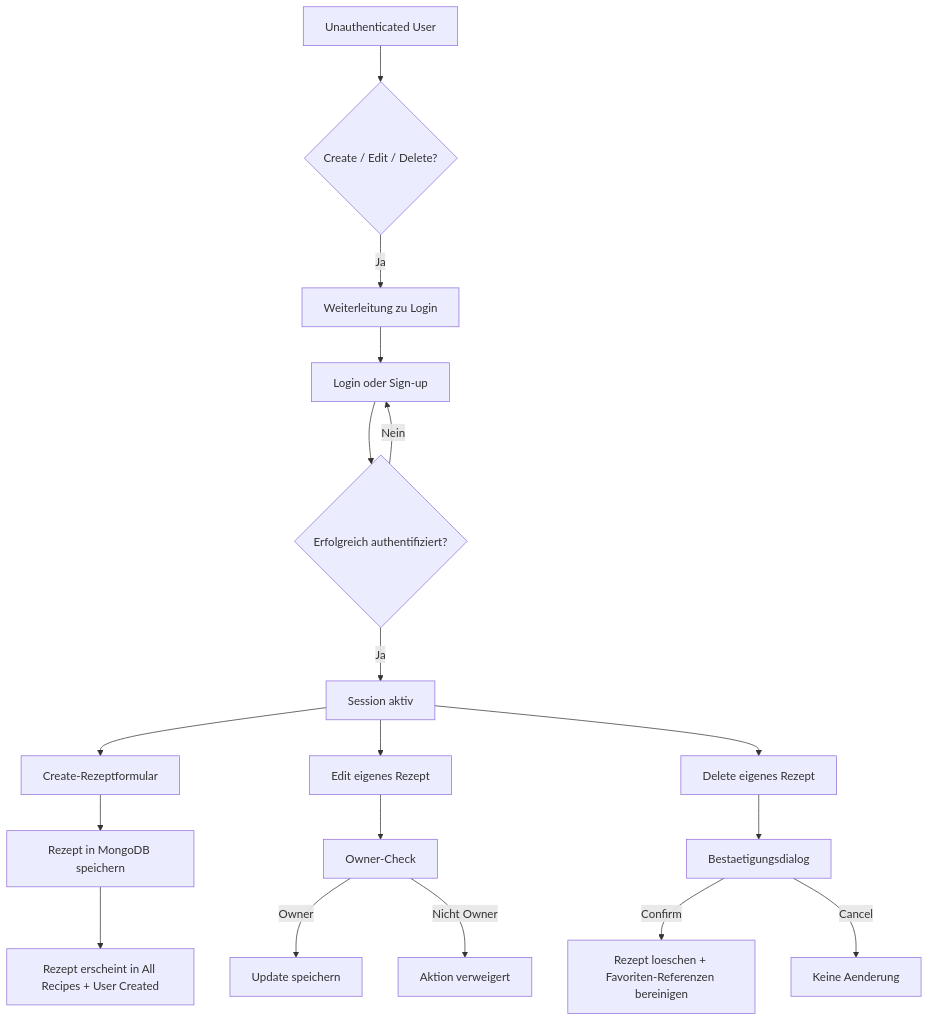
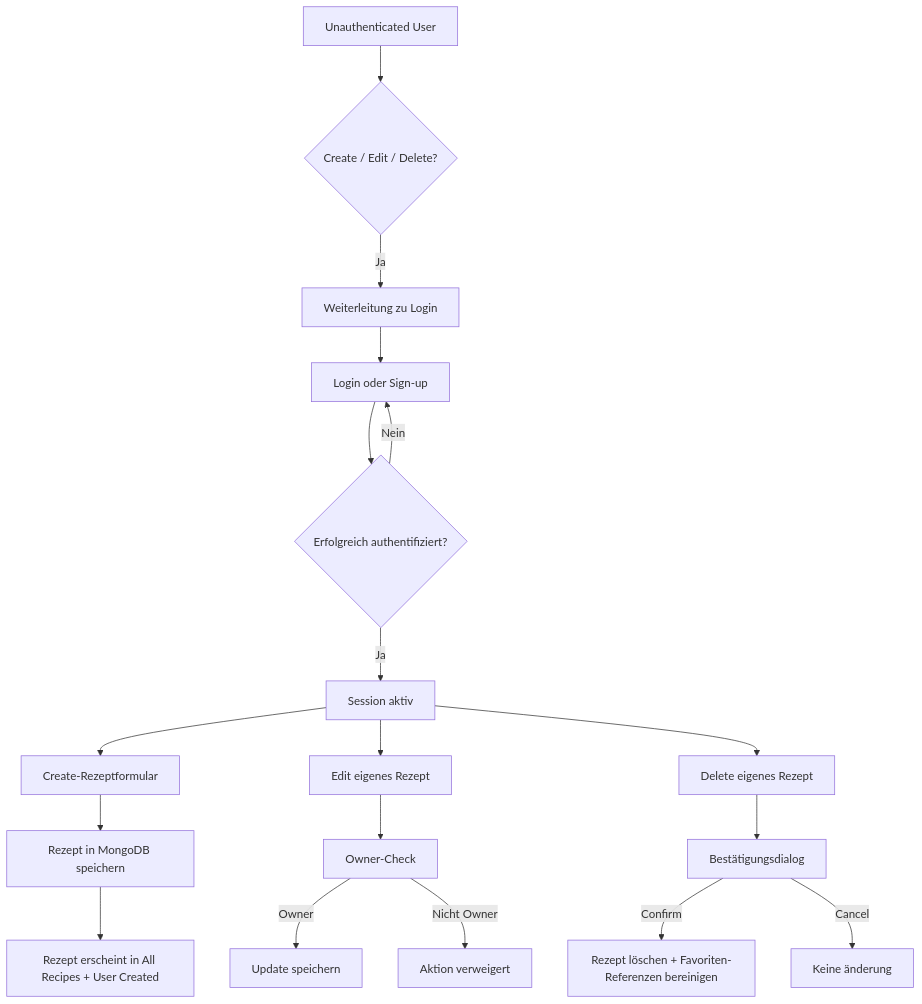
The second of 5 diagrams in README.md (blobyT1/globe-recipes), drawn with Mermaid before and after one commit. The commit also changed other lines of this file, not shown here.

````diff
--- a/README.md
+++ b/README.md
@@ -93,22 +93,22 @@
 ```mermaid
 flowchart TD
   A[Unauthenticated User] --> B{Create / Edit / Delete?}
   B -->|Ja| C[Weiterleitung zu Login]
   C --> D[Login oder Sign-up]
   D --> E{Erfolgreich authentifiziert?}
   E -->|Nein| D
   E -->|Ja| F[Session aktiv]
   F --> G[Create-Rezeptformular]
   G --> H[Rezept in MongoDB speichern]
   H --> I[Rezept erscheint in All Recipes + User Created]
 
   F --> J[Edit eigenes Rezept]
   J --> K[Owner-Check]
   K -->|Owner| L[Update speichern]
   K -->|Nicht Owner| M[Aktion verweigert]
 
   F --> N[Delete eigenes Rezept]
-  N --> O[Bestaetigungsdialog]
-  O -->|Confirm| P[Rezept loeschen + Favoriten-Referenzen bereinigen]
-  O -->|Cancel| Q[Keine Aenderung]
+  N --> O[Bestätigungsdialog]
+  O -->|Confirm| P[Rezept löschen + Favoriten-Referenzen bereinigen]
+  O -->|Cancel| Q[Keine änderung]
 ```
````
